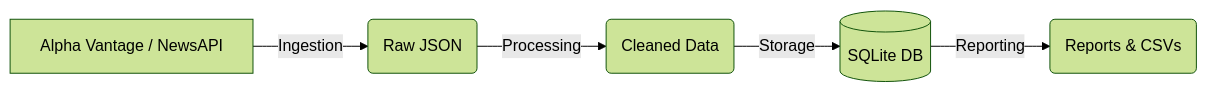
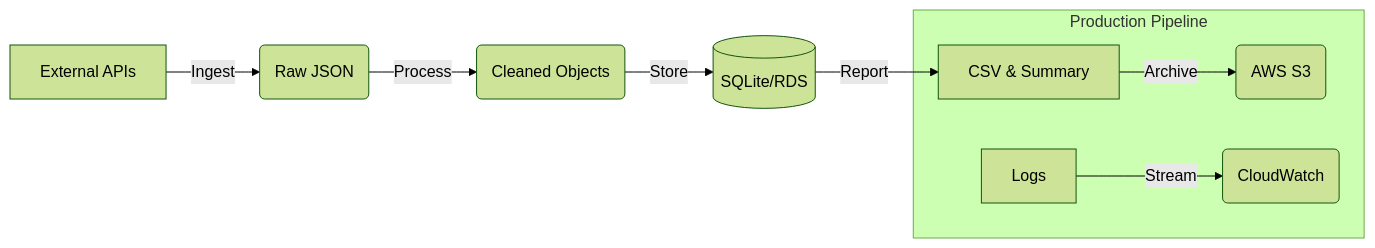
One commit to karthikkondagurla/internal-data-automation changed the diagram in README.md. Above: the diagram before and after it, drawn with Mermaid (forest theme). The commit also changed other lines of this file, not shown here.

````diff
--- a/README.md
+++ b/README.md
@@ -24,7 +59,12 @@
 ```mermaid
-graph LR
-    A[Alpha Vantage / NewsAPI] -->|Ingestion| B(Raw JSON)
-    B -->|Processing| C(Cleaned Data)
-    C -->|Storage| D[(SQLite DB)]
-    D -->|Reporting| E(Reports & CSVs)
+flowchart LR
+    Sources[External APIs] -->|Ingest| Raw(Raw JSON)
+    Raw -->|Process| Clean(Cleaned Objects)
+    Clean -->|Store| DB[(SQLite/RDS)]
+    DB -->|Report| Output[CSV & Summary]
+    
+    subgraph Production Pipeline
+    Output -->|Archive| S3(AWS S3)
+    Logs -->|Stream| BW(CloudWatch)
+    end
 ```
````
